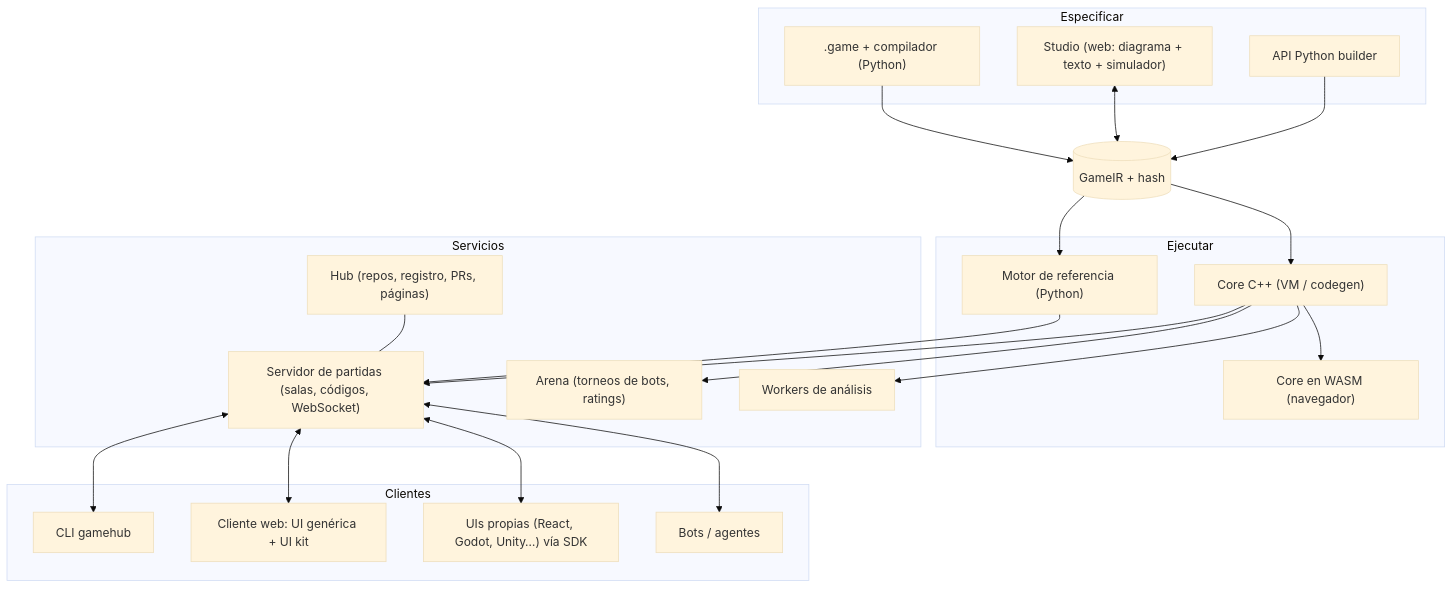
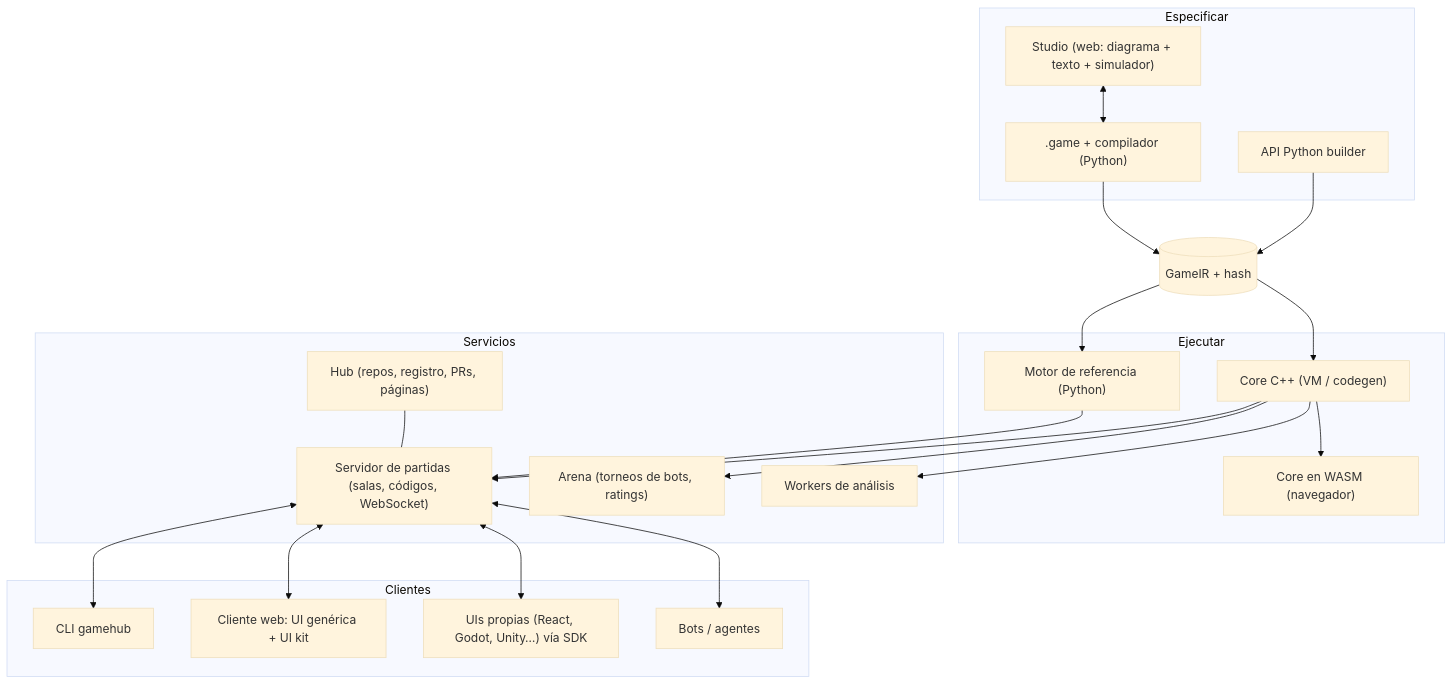
The diagram in docs/wiki/arquitectura.md (JuanMartinFajardo/GameHub), drawn with Mermaid (base theme) before and after one commit. The commit also changed other lines of this file and 15 other files, not shown here.

````diff
--- a/docs/wiki/arquitectura.md
+++ b/docs/wiki/arquitectura.md
@@ -8,41 +8,41 @@
 ```mermaid
 flowchart TB
   subgraph Especificar
     TXT[".game + compilador (Python)"]
     STU["Studio (web: diagrama + texto + simulador)"]
     PYB["API Python builder"]
   end
   IR[(GameIR + hash)]
   TXT --> IR
-  STU <--> IR
+  STU <--> TXT
   PYB --> IR
   subgraph Ejecutar
     REF["Motor de referencia (Python)"]
     CPP["Core C++ (VM / codegen)"]
     WASM["Core en WASM (navegador)"]
   end
   IR --> REF
   IR --> CPP
   CPP --> WASM
   subgraph Servicios
     SRV["Servidor de partidas (salas, códigos, WebSocket)"]
     HUB["Hub (repos, registro, PRs, páginas)"]
     ARE["Arena (torneos de bots, ratings)"]
     ANA["Workers de análisis"]
   end
   REF --> SRV
   CPP --> SRV
   CPP --> ARE
   CPP --> ANA
   subgraph Clientes
     CLI["CLI gamehub"]
     WEB["Cliente web: UI genérica + UI kit"]
     CUS["UIs propias (React, Godot, Unity…) vía SDK"]
     BOT["Bots / agentes"]
   end
   SRV <--> CLI
   SRV <--> WEB
   SRV <--> CUS
   SRV <--> BOT
   HUB --- SRV
 ```
````
